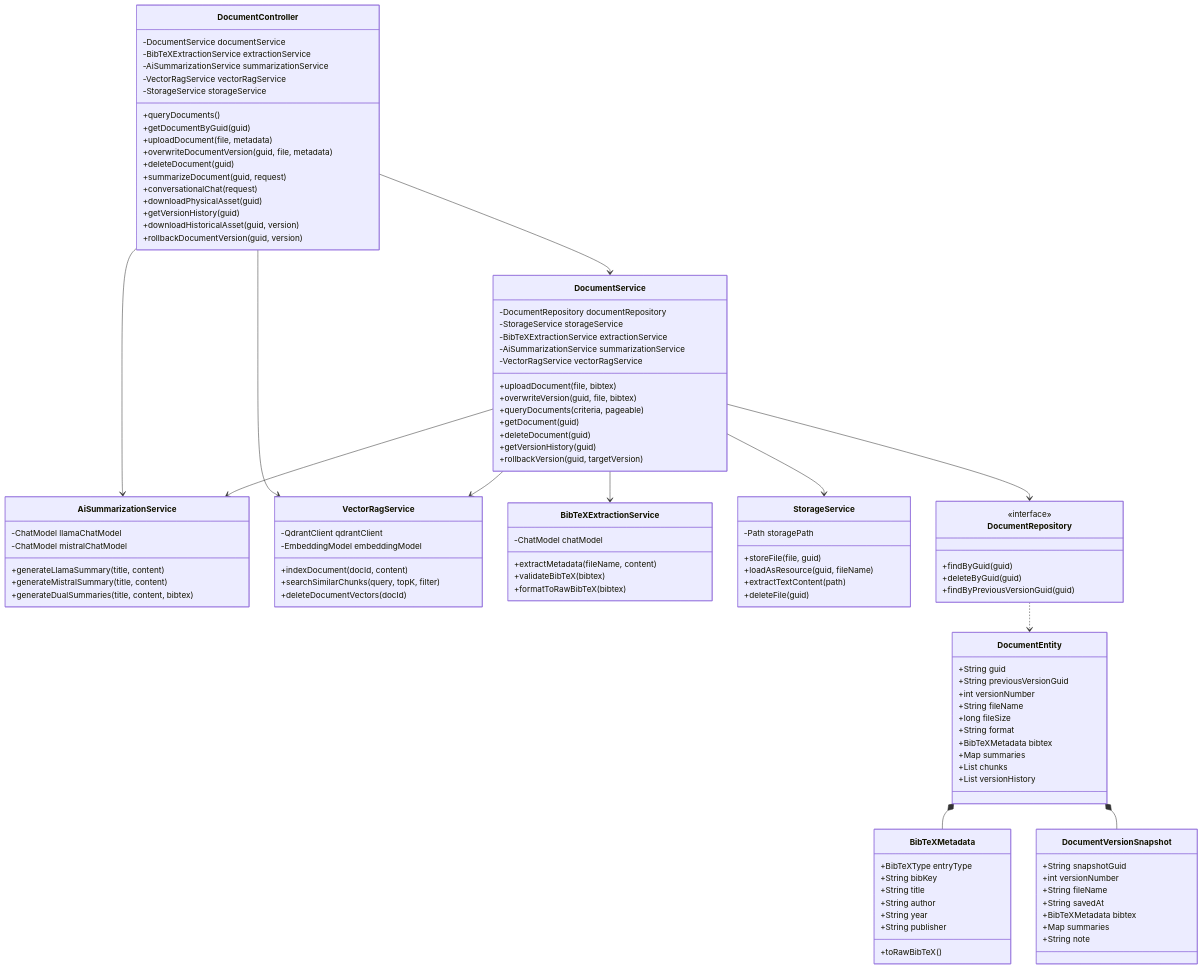
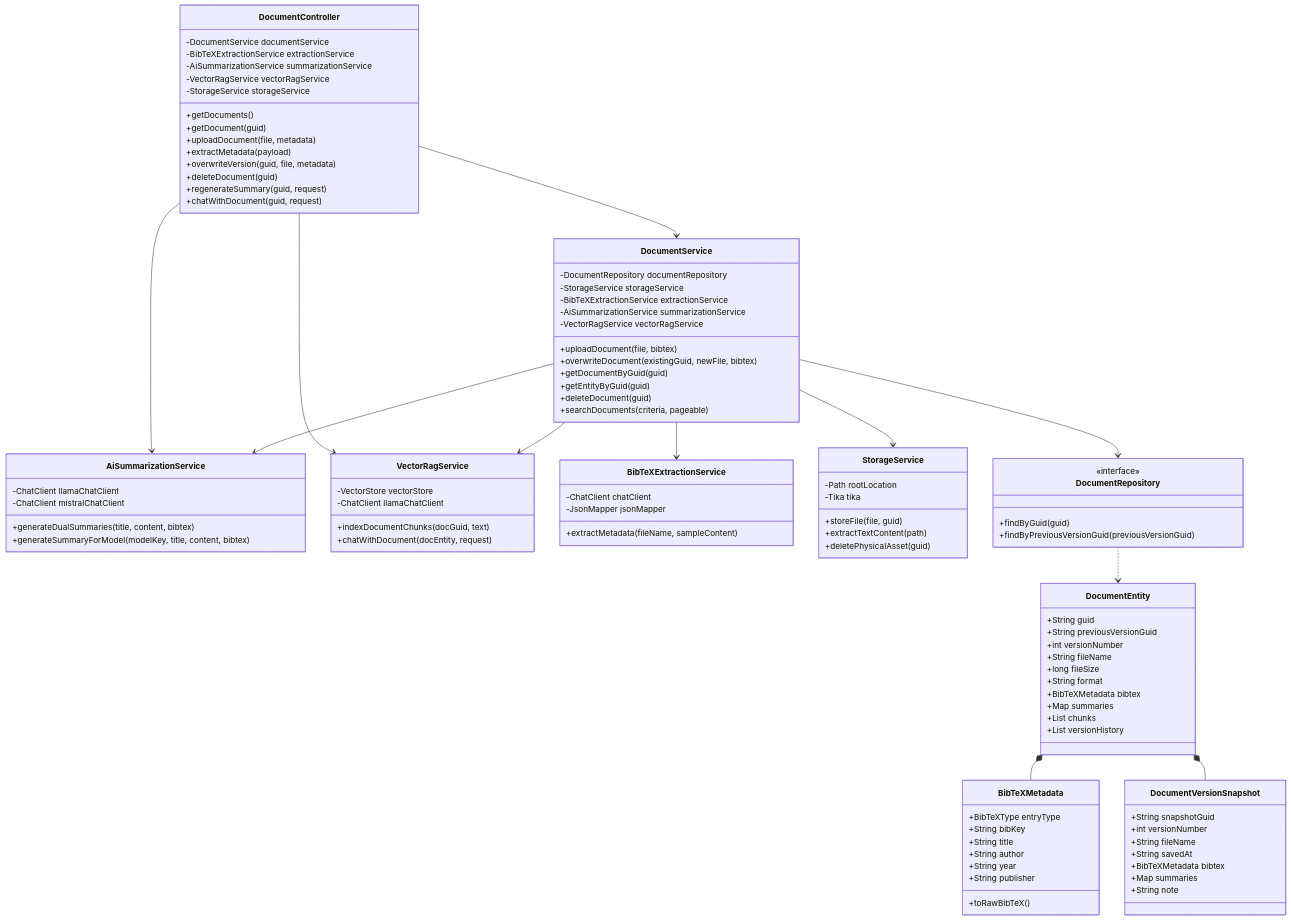
One commit to epascalau/personal-library changed the diagram in src/main/frontend/public/java_uml_class_diagram.mmd. Above: the diagram before and after it, drawn with Mermaid. The commit also changed 87 other files, not shown here.

```diff
--- a/src/main/frontend/public/java_uml_class_diagram.mmd
+++ b/src/main/frontend/public/java_uml_class_diagram.mmd
@@ -1,119 +1,111 @@
 classDiagram
     direction TB
     
     class DocumentController {
       -DocumentService documentService
       -BibTeXExtractionService extractionService
       -AiSummarizationService summarizationService
       -VectorRagService vectorRagService
       -StorageService storageService
-      +queryDocuments()
-      +getDocumentByGuid(guid)
+      +getDocuments()
+      +getDocument(guid)
       +uploadDocument(file, metadata)
-      +overwriteDocumentVersion(guid, file, metadata)
+      +extractMetadata(payload)
+      +overwriteVersion(guid, file, metadata)
       +deleteDocument(guid)
-      +summarizeDocument(guid, request)
-      +conversationalChat(request)
-      +downloadPhysicalAsset(guid)
-      +getVersionHistory(guid)
-      +downloadHistoricalAsset(guid, version)
-      +rollbackDocumentVersion(guid, version)
+      +regenerateSummary(guid, request)
+      +chatWithDocument(guid, request)
     }
 
     class DocumentService {
       -DocumentRepository documentRepository
       -StorageService storageService
       -BibTeXExtractionService extractionService
       -AiSummarizationService summarizationService
       -VectorRagService vectorRagService
       +uploadDocument(file, bibtex)
-      +overwriteVersion(guid, file, bibtex)
-      +queryDocuments(criteria, pageable)
-      +getDocument(guid)
+      +overwriteDocument(existingGuid, newFile, bibtex)
+      +getDocumentByGuid(guid)
+      +getEntityByGuid(guid)
       +deleteDocument(guid)
-      +getVersionHistory(guid)
-      +rollbackVersion(guid, targetVersion)
+      +searchDocuments(criteria, pageable)
     }
 
     class AiSummarizationService {
-      -ChatModel llamaChatModel
-      -ChatModel mistralChatModel
-      +generateLlamaSummary(title, content)
-      +generateMistralSummary(title, content)
+      -ChatClient llamaChatClient
+      -ChatClient mistralChatClient
       +generateDualSummaries(title, content, bibtex)
+      +generateSummaryForModel(modelKey, title, content, bibtex)
     }
 
     class VectorRagService {
-      -QdrantClient qdrantClient
-      -EmbeddingModel embeddingModel
-      +indexDocument(docId, content)
-      +searchSimilarChunks(query, topK, filter)
-      +deleteDocumentVectors(docId)
+      -VectorStore vectorStore
+      -ChatClient llamaChatClient
+      +indexDocumentChunks(docGuid, text)
+      +chatWithDocument(docEntity, request)
     }
 
     class BibTeXExtractionService {
-      -ChatModel chatModel
-      +extractMetadata(fileName, content)
-      +validateBibTeX(bibtex)
-      +formatToRawBibTeX(bibtex)
+      -ChatClient chatClient
+      -JsonMapper jsonMapper
+      +extractMetadata(fileName, sampleContent)
     }
 
     class StorageService {
-      -Path storagePath
+      -Path rootLocation
+      -Tika tika
       +storeFile(file, guid)
-      +loadAsResource(guid, fileName)
       +extractTextContent(path)
-      +deleteFile(guid)
+      +deletePhysicalAsset(guid)
     }
 
     class DocumentRepository {
       <<interface>>
       +findByGuid(guid)
-      +deleteByGuid(guid)
-      +findByPreviousVersionGuid(guid)
+      +findByPreviousVersionGuid(previousVersionGuid)
     }
 
     class DocumentEntity {
       +String guid
       +String previousVersionGuid
       +int versionNumber
       +String fileName
       +long fileSize
       +String format
       +BibTeXMetadata bibtex
       +Map summaries
       +List chunks
       +List versionHistory
     }
 
     class DocumentVersionSnapshot {
       +String snapshotGuid
       +int versionNumber
       +String fileName
       +String savedAt
       +BibTeXMetadata bibtex
       +Map summaries
       +String note
     }
 
     class BibTeXMetadata {
       +BibTeXType entryType
       +String bibKey
       +String title
       +String author
       +String year
       +String publisher
       +toRawBibTeX()
     }
 
     DocumentController --> DocumentService
     DocumentController --> AiSummarizationService
     DocumentController --> VectorRagService
     DocumentService --> DocumentRepository
     DocumentService --> StorageService
     DocumentService --> BibTeXExtractionService
     DocumentService --> AiSummarizationService
     DocumentService --> VectorRagService
     DocumentRepository ..> DocumentEntity
     DocumentEntity *-- BibTeXMetadata
     DocumentEntity *-- DocumentVersionSnapshot
```
